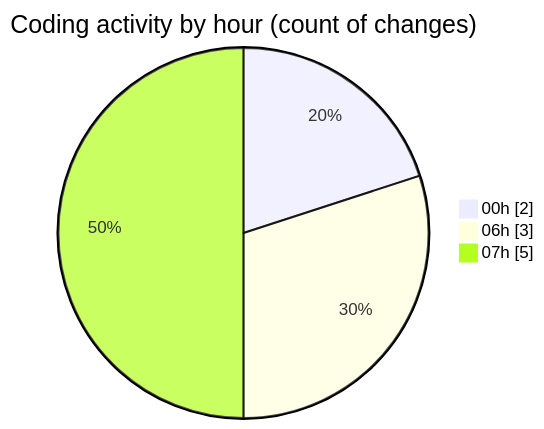
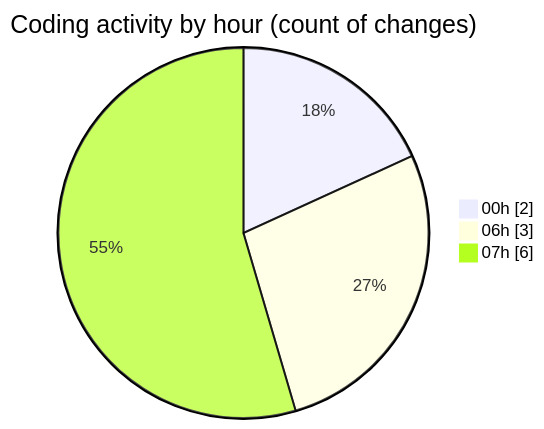
Before and after one commit to Elitesun/code-tracking: the second of 2 diagrams in 2025-05-15/niten/README.md, drawn with Mermaid. The commit also changed other lines of this file and 1 other file, not shown here.

````diff
--- a/2025-05-15/niten/README.md
+++ b/2025-05-15/niten/README.md
@@ -31,7 +32,7 @@
 ```mermaid
 pie showData
 title Coding activity by hour (count of changes)
 "00h" : 2
 "06h" : 3
-"07h" : 5
+"07h" : 6
 ```
````
